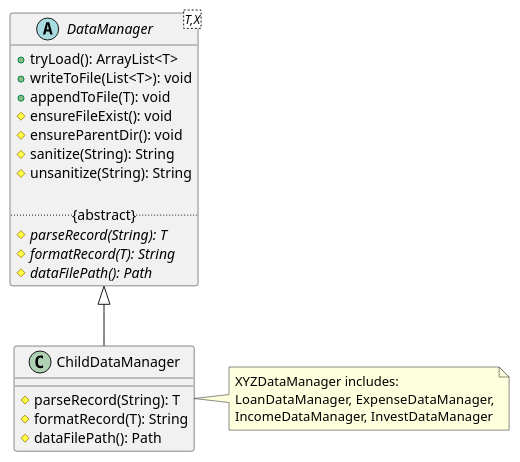
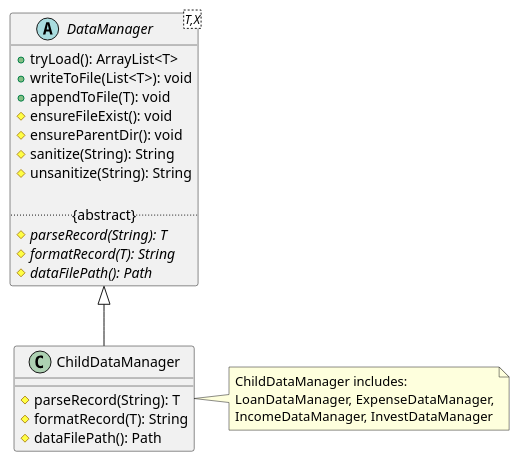
Before and after one commit to AY2526S1-CS2113-T10-1/tp: the diagram in docs/uml/DataManagerClassDiagram.puml, drawn with PlantUML. The commit also changed 1 other file, not shown here.

Commit message:
Fix typo error for note in DataManagerClassDiagram.puml

```diff
--- a/docs/uml/DataManagerClassDiagram.puml
+++ b/docs/uml/DataManagerClassDiagram.puml
@@ -1,27 +1,27 @@
 @startuml
 'https://plantuml.com/class-diagram
 
 abstract class DataManager<T,X> {
 + tryLoad(): ArrayList<T>
 + writeToFile(List<T>): void
 + appendToFile(T): void
 # ensureFileExist(): void
 # ensureParentDir(): void
 # sanitize(String): String
 # unsanitize(String): String
 
 ..{abstract}..
 # parseRecord(String): T {abstract}
 # formatRecord(T): String {abstract}
 # dataFilePath(): Path {abstract}
 }
 
 class ChildDataManager {
 # parseRecord(String): T
 # formatRecord(T): String
 # dataFilePath(): Path
 }
 
-note right of ChildDataManager: XYZDataManager includes:\nLoanDataManager, ExpenseDataManager,\nIncomeDataManager, InvestDataManager
+note right of ChildDataManager: ChildDataManager includes:\nLoanDataManager, ExpenseDataManager,\nIncomeDataManager, InvestDataManager
 DataManager <|-- ChildDataManager
 @enduml
```
